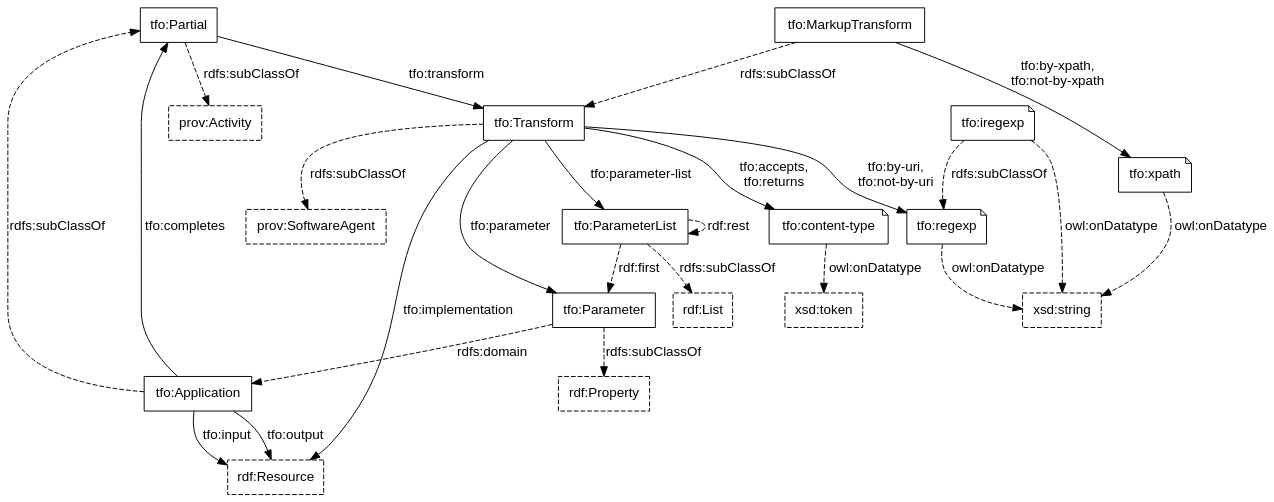
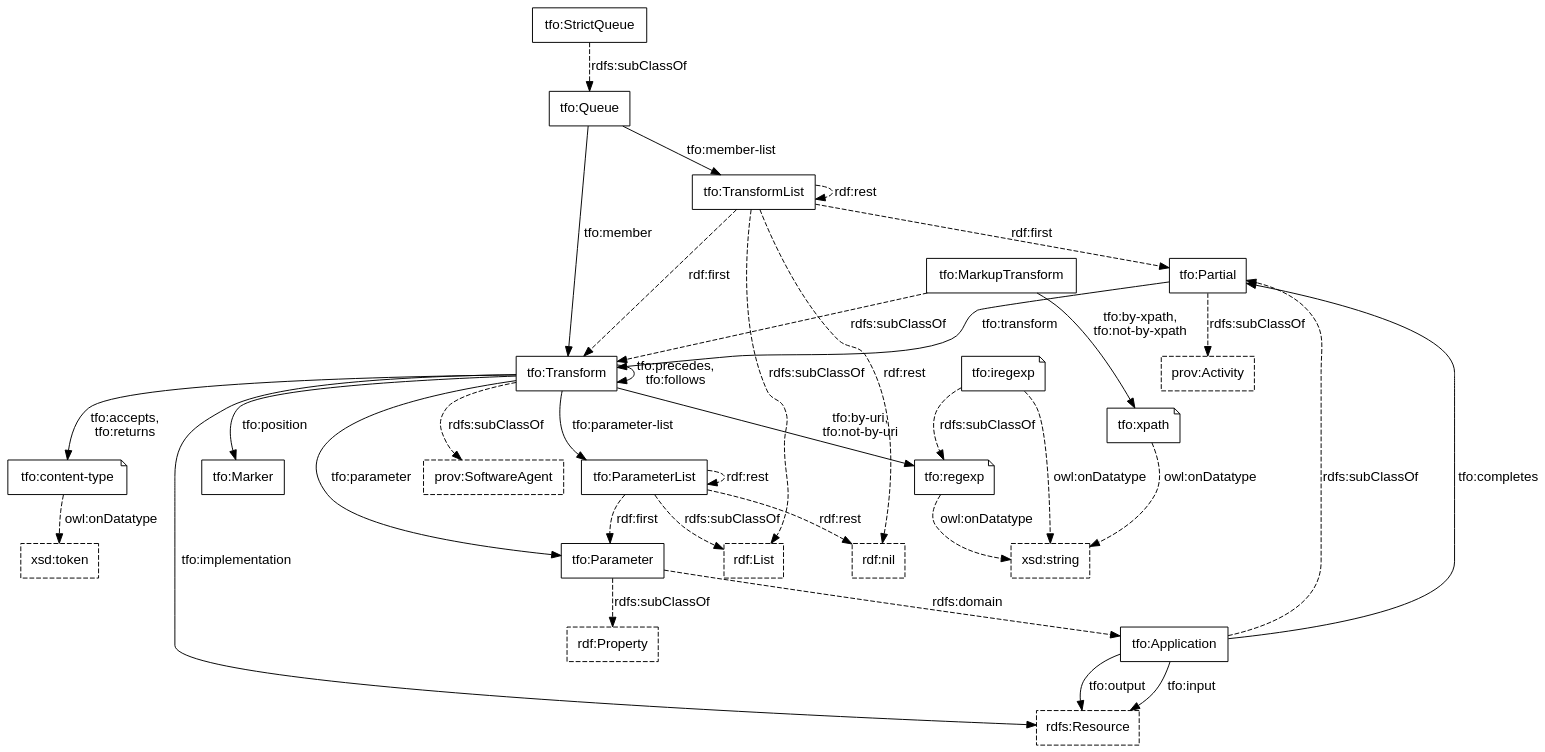
Before and after one commit to doriantaylor/owl-transformation: the diagram in transformation-classes.dot, drawn with Graphviz. The commit also changed 2 other files, not shown here.

```diff
--- a/transformation-classes.dot
+++ b/transformation-classes.dot
@@ -1,63 +1,93 @@
 digraph {
     graph [bgcolor=transparent];
     node [shape=box,color="#000000",fontcolor="#000000",fontname="Lucida Grande, Lucida Sans Unicode, sans-serif"];
     edge [color="#000000",fontcolor="#000000",fontname="Lucida Grande, Lucida Sans Unicode, sans-serif"];
 
+    // third-party classes
+
     subgraph {
         node [style=dashed];
-        prov_Activity [label="prov:Activity"];
-        prov_SoftwareAgent [label="prov:SoftwareAgent"];
-        rdf_List      [label="rdf:List"];
-        rdf_Property  [label="rdf:Property"];
-        rdf_Resource  [label="rdf:Resource"];
-        xsd_string    [label="xsd:string"];
-        xsd_token     [label="xsd:token"];
+        prov_Activity [label="prov:Activity", target="_parent", href="https://www.w3.org/TR/prov-o/#Activity"];
+        prov_SoftwareAgent [label="prov:SoftwareAgent", target="_parent", href="https://www.w3.org/TR/prov-o/#SoftwareAgent"];
+        rdf_List      [label="rdf:List", target="_parent", href="https://www.w3.org/TR/rdf-schema/#ch_list"];
+        rdf_Property  [label="rdf:Property", target="_parent", href="https://www.w3.org/TR/rdf-schema/#ch_property"];
+        rdfs_Resource [label="rdfs:Resource", target="_parent", href="https://www.w3.org/TR/rdf-schema/#ch_resource"];
+        xsd_string    [label="xsd:string", target="_parent", href="https://www.w3.org/TR/xmlschema-2/#string"];
+        xsd_token     [label="xsd:token", target="_parent", href="https://www.w3.org/TR/xmlschema-2/#token"];
+        rdf_nil       [label="rdf:nil", target="_parent", href="https://www.w3.org/TR/rdf-schema/#ch_resource"];
     }
 
-    tfo_Application [label="tfo:Application"];
-    tfo_Parameter [label="tfo:Parameter"];
-    tfo_ParameterList [label="tfo:ParameterList"];
-    tfo_Partial [label="tfo:Partial"];
-    tfo_Transform [label="tfo:Transform"];
-    tfo_MarkupTransform [label="tfo:MarkupTransform"];
+    // our classes
 
-    tfo_content_type [label="tfo:content-type", shape=note];
-    tfo_content_type -> xsd_token [style=dashed, label="owl:onDatatype"];
+    tfo_Application [label="tfo:Application", target="_parent", href="https://vocab.methodandstructure.com/transformation#Application"];
+    tfo_Parameter [label="tfo:Parameter", target="_parent", href="https://vocab.methodandstructure.com/transformation#Parameter"];
+    tfo_ParameterList [label="tfo:ParameterList", target="_parent", href="https://vocab.methodandstructure.com/transformation#ParameterList"];
+    tfo_Partial [label="tfo:Partial", target="_parent", href="https://vocab.methodandstructure.com/transformation#Partial"];
+    tfo_Transform [label="tfo:Transform", target="_parent", href="https://vocab.methodandstructure.com/transformation#Transform"];
+    tfo_MarkupTransform [label="tfo:MarkupTransform", target="_parent", href="https://vocab.methodandstructure.com/transformation#MarkupTransform"];
+    tfo_Queue [label="tfo:Queue", target="_parent", href="https://vocab.methodandstructure.com/transformation#Queue"];
+    tfo_StrictQueue [label="tfo:StrictQueue", target="_parent", href="https://vocab.methodandstructure.com/transformation#StrictQueue"];
+    tfo_TransformList [label="tfo:TransformList", target="_parent", href="https://vocab.methodandstructure.com/transformation#TransformList"];
+    tfo_Marker [label="tfo:Marker", target="_parent", href="https://vocab.methodandstructure.com/transformation#Marker"];
 
-    tfo_regexp [label="tfo:regexp", shape=note];
-    tfo_regexp -> xsd_string [style=dashed, label="owl:onDatatype"];
-    tfo_iregexp [label="tfo:iregexp", shape=note];
-    tfo_iregexp -> xsd_string [style=dashed, label="owl:onDatatype"];
+    // our datatypes
 
-    tfo_xpath [label="tfo:xpath", shape=note];
-    tfo_xpath -> xsd_string [style=dashed, label="owl:onDatatype"];
+    subgraph {
+        node [shape=note];
+        tfo_content_type [label="tfo:content-type", target="_parent", href="https://vocab.methodandstructure.com/transformation#content-type"];
+        tfo_regexp [label="tfo:regexp", target="_parent", href="https://vocab.methodandstructure.com/transformation#regexp"];
+        tfo_iregexp [label="tfo:iregexp", target="_parent", href="https://vocab.methodandstructure.com/transformation#iregexp"];
+        tfo_xpath [label="tfo:xpath", target="_parent", href="https://vocab.methodandstructure.com/transformation#xpath"];
+    }
+
+    subgraph {
+        edge [style=dashed, label="owl:onDatatype"];
+        tfo_content_type -> xsd_token;
+        tfo_regexp       -> xsd_string;
+        tfo_iregexp      -> xsd_string;
+        tfo_xpath        -> xsd_string;
+    }
+
+    // moar subclasses
 
     subgraph {
         edge [style=dashed, label="rdfs:subClassOf"];
-        tfo_Application -> tfo_Partial -> prov_Activity;
+        tfo_Application     -> tfo_Partial -> prov_Activity;
         tfo_MarkupTransform -> tfo_Transform -> prov_SoftwareAgent;
-        tfo_Parameter -> rdf_Property;
-        tfo_ParameterList -> rdf_List;
-        tfo_iregexp -> tfo_regexp;
+        tfo_Parameter       -> rdf_Property;
+        tfo_ParameterList   -> rdf_List;
+        tfo_iregexp         -> tfo_regexp;
+        tfo_StrictQueue     -> tfo_Queue;
+        tfo_TransformList   -> rdf_List;
     }
 
     tfo_Transform -> tfo_Parameter [label="tfo:parameter"];
     tfo_Transform -> tfo_ParameterList [label="tfo:parameter-list"];
-    tfo_Transform -> rdf_Resource [label="tfo:implementation"];
+    tfo_Transform -> rdfs_Resource [label="tfo:implementation"];
     tfo_Transform -> tfo_content_type [label="tfo:accepts,\ntfo:returns"];
     // tfo_Transform -> tfo_content_type [label="tfo:returns"];
+    tfo_Transform -> tfo_Transform [label="tfo:precedes,\ntfo:follows"];
+    tfo_Transform -> tfo_Marker [label="tfo:position"];
     tfo_Partial   -> tfo_Transform [label="tfo:transform"];
     tfo_Application -> tfo_Partial [label="tfo:completes"];
-    tfo_Application -> rdf_Resource [label="tfo:input"];
-    tfo_Application -> rdf_Resource [label="tfo:output"];
+    tfo_Application -> rdfs_Resource [label="tfo:input"];
+    tfo_Application -> rdfs_Resource [label="tfo:output"];
+
+    tfo_Queue -> tfo_Transform [label="tfo:member"];
+    tfo_Queue -> tfo_TransformList [label="tfo:member-list"];
 
     tfo_Transform -> tfo_regexp [label="tfo:by-uri,\ntfo:not-by-uri"];
     tfo_MarkupTransform -> tfo_xpath [label="tfo:by-xpath,\ntfo:not-by-xpath"];
 
     subgraph {
         edge [style=dashed];
         tfo_Parameter -> tfo_Application [label="rdfs:domain"];
         tfo_ParameterList -> tfo_Parameter [label="rdf:first"];
         tfo_ParameterList -> tfo_ParameterList [label="rdf:rest"];
+        tfo_ParameterList -> rdf_nil [label="rdf:rest"];
+        tfo_TransformList -> tfo_Transform [label="rdf:first"];
+        tfo_TransformList -> tfo_Partial [label="rdf:first"];
+        tfo_TransformList -> tfo_TransformList [label="rdf:rest"];
+        tfo_TransformList -> rdf_nil [label="rdf:rest"];
     }
 }
```
